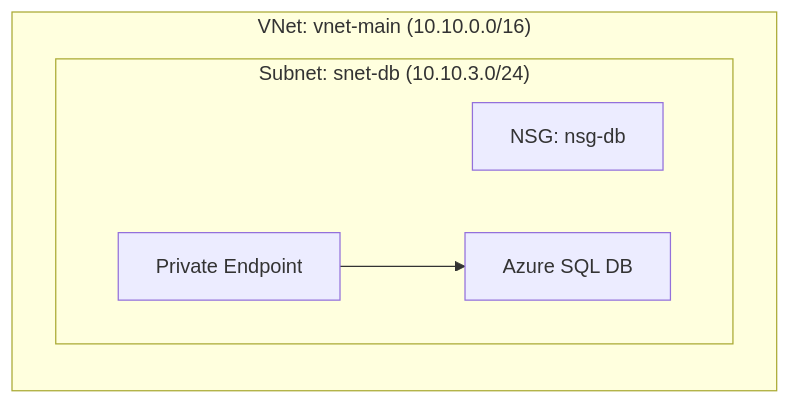
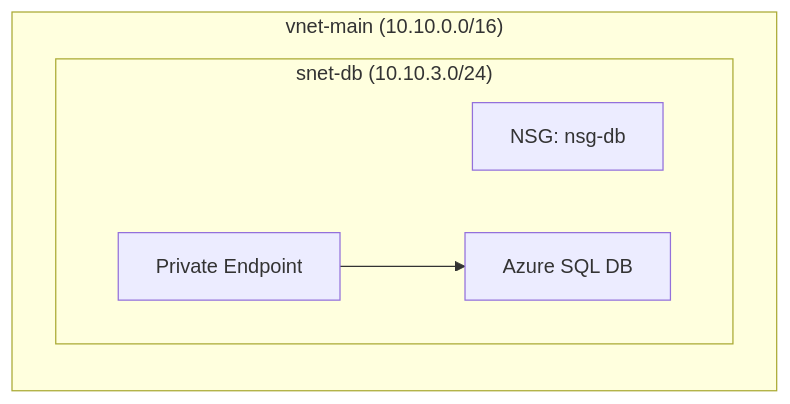
One commit to Ch3rry-Pi3-Azure/Azure-3-Tier-VNet changed the fifth of 8 diagrams in README.md. Above: the diagram before and after it, drawn with Mermaid. The commit also changed other lines of this file, not shown here.

Commit message:
Fix formatting in README.md for subnet diagrams

````diff
--- a/README.md
+++ b/README.md
@@ -105,11 +105,11 @@
 ```mermaid
 flowchart LR
-    subgraph VNet["VNet: vnet-main (10.10.0.0/16)"]
-        subgraph Db["Subnet: snet-db (10.10.3.0/24)"]
+    subgraph VNet["vnet-main (10.10.0.0/16)"]
+        subgraph Db["snet-db (10.10.3.0/24)"]
             DbNSG[NSG: nsg-db]
             PE[Private Endpoint]
             SQL[Azure SQL DB]
         end
     end
     PE --> SQL
 ```
````
